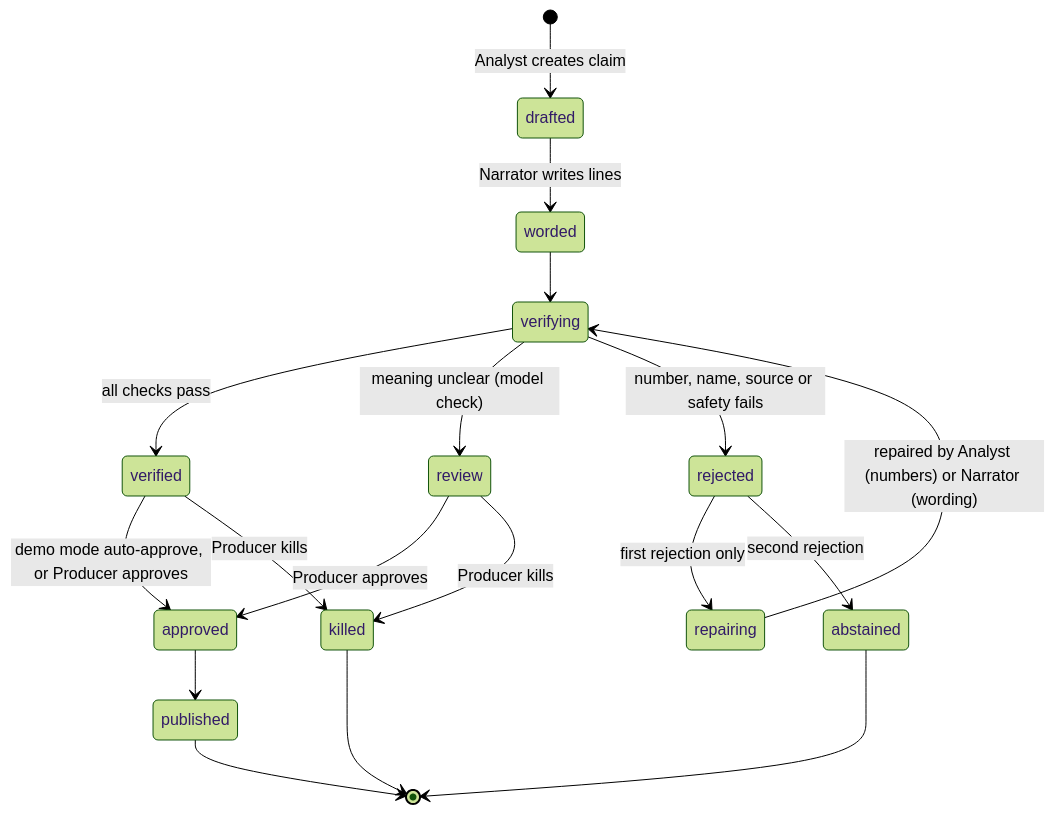
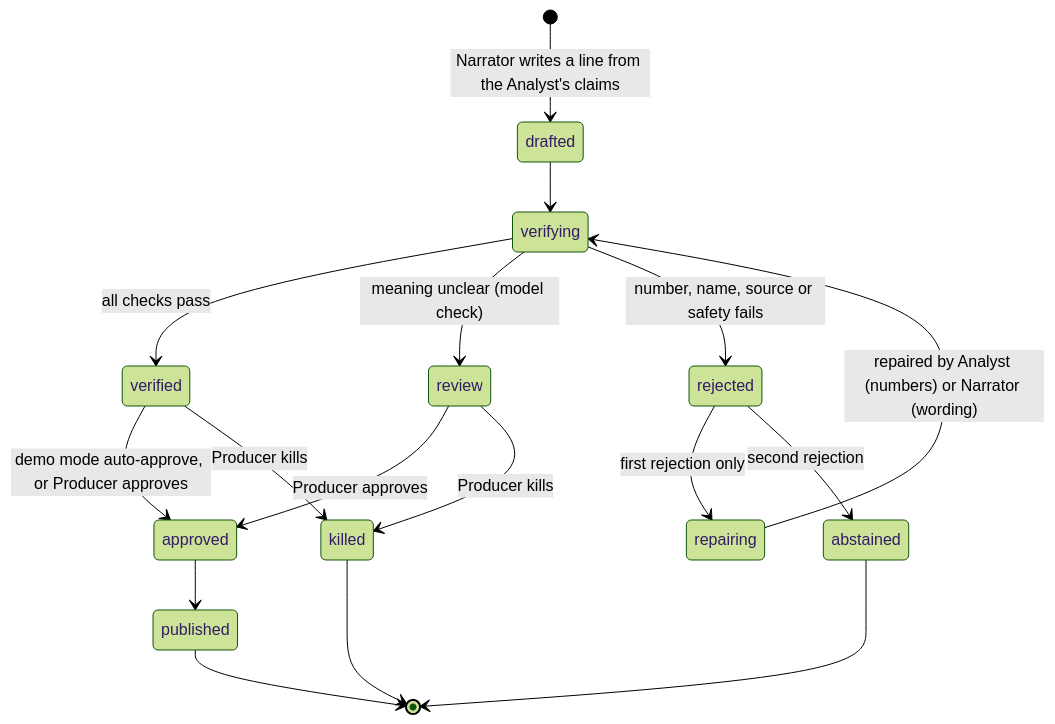
One commit to Crafted-by-Akshay/matchcast changed the second of 10 diagrams in docs/architecture/03-runtime-flows.md. Above: the diagram before and after it, drawn with Mermaid (forest theme). The commit also changed other lines of this file and 12 other files, not shown here.

````diff
--- a/docs/architecture/03-runtime-flows.md
+++ b/docs/architecture/03-runtime-flows.md
@@ -62,20 +62,19 @@
 ```mermaid
 stateDiagram-v2
-  [*] --> drafted: Analyst creates claim
-  drafted --> worded: Narrator writes lines
-  worded --> verifying
+  [*] --> drafted: Narrator writes a line from the Analyst's claims
+  drafted --> verifying
   verifying --> verified: all checks pass
   verifying --> review: meaning unclear (model check)
   verifying --> rejected: number, name, source or safety fails
   rejected --> repairing: first rejection only
   repairing --> verifying: repaired by Analyst (numbers) or Narrator (wording)
   rejected --> abstained: second rejection
   verified --> approved: demo mode auto-approve, or Producer approves
   review --> approved: Producer approves
   review --> killed: Producer kills
   verified --> killed: Producer kills
   approved --> published
   published --> [*]
   abstained --> [*]
   killed --> [*]
 ```
````
